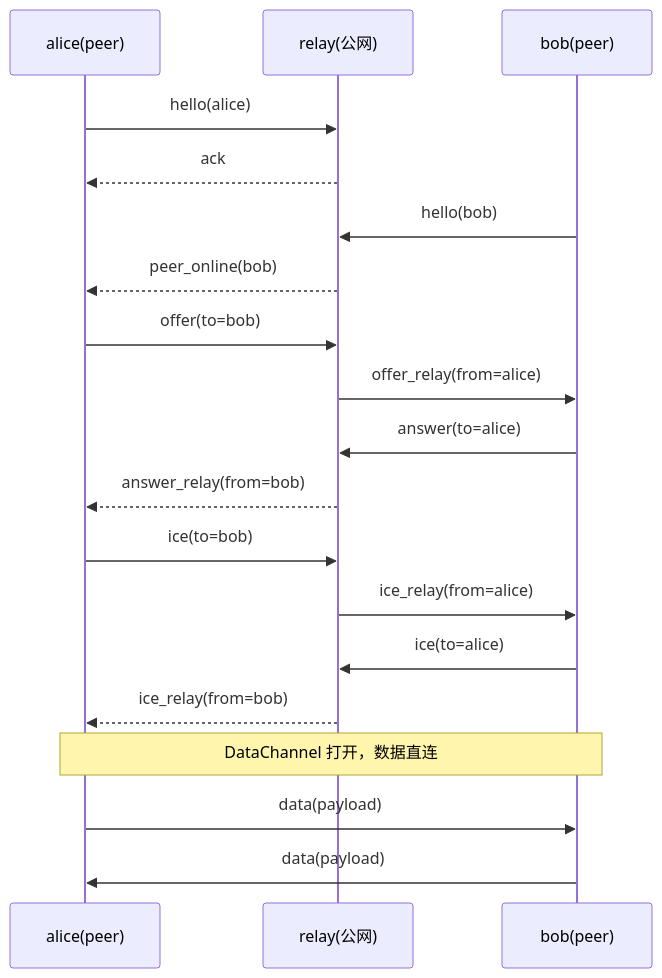
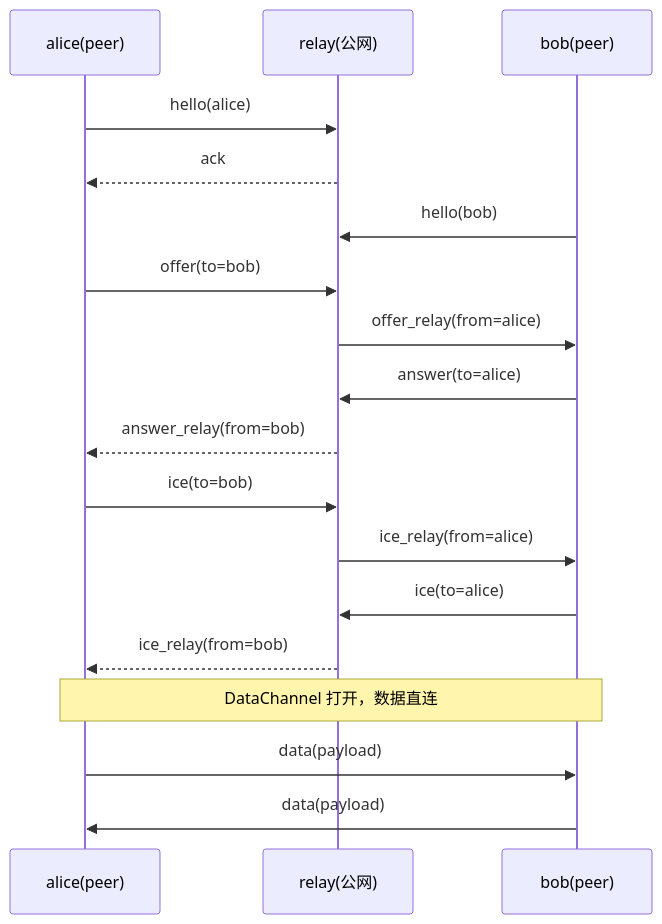
One commit to escharm/syncjoy changed the diagram in docs/architecture.md. Above: the diagram before and after it, drawn with Mermaid. The commit also changed other lines of this file and 44 other files, not shown here.

````diff
--- a/docs/architecture.md
+++ b/docs/architecture.md
@@ -30,21 +30,20 @@
 ```mermaid
 sequenceDiagram
     participant A as alice(peer)
     participant R as relay(公网)
     participant B as bob(peer)
     A->>R: hello(alice)
     R-->>A: ack
     B->>R: hello(bob)
-    R-->>A: peer_online(bob)
     A->>R: offer(to=bob)
     R->>B: offer_relay(from=alice)
     B->>R: answer(to=alice)
     R-->>A: answer_relay(from=bob)
     A->>R: ice(to=bob)
     R->>B: ice_relay(from=alice)
     B->>R: ice(to=alice)
     R-->>A: ice_relay(from=bob)
     Note over A,B: DataChannel 打开，数据直连
     A->>B: data(payload)
     B->>A: data(payload)
 ```
````
